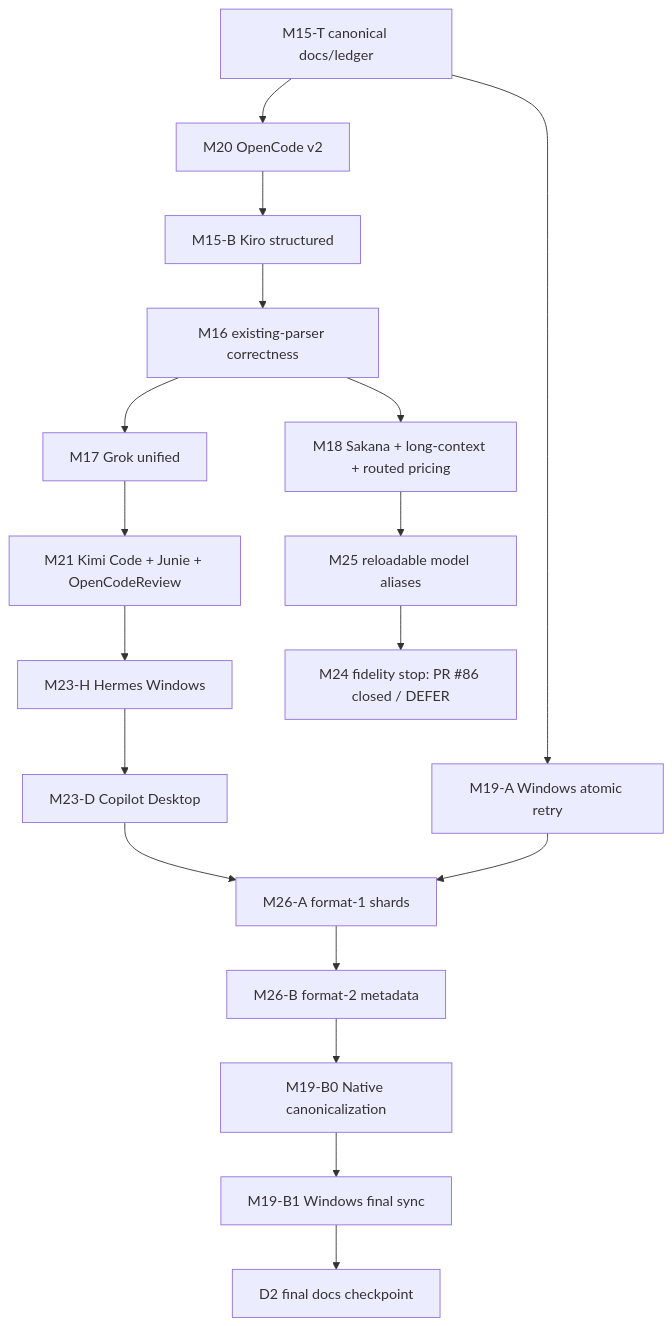
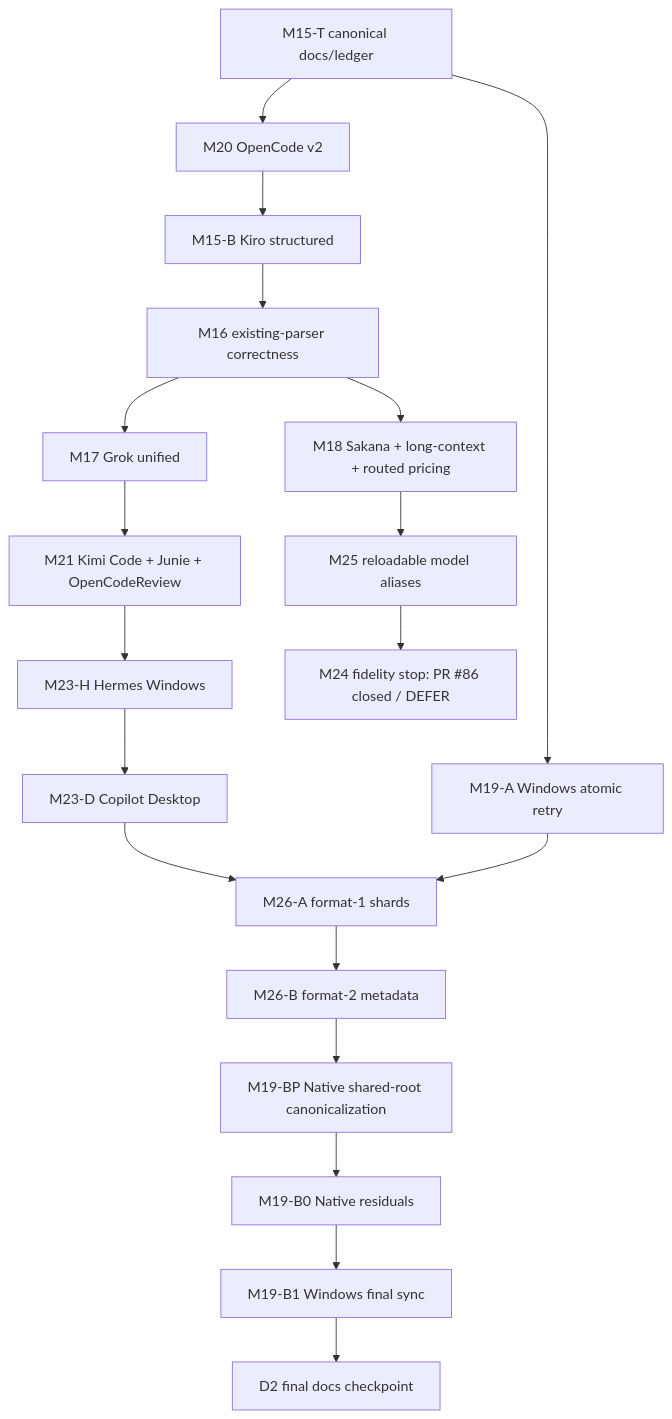
The first of 2 diagrams in docs/knowledge/plans/tokscale-alignment.md (Nanako0129/TokenBar), drawn with Mermaid before and after one commit. The commit also changed other lines of this file and 11 other files, not shown here.

````diff
--- a/docs/knowledge/plans/tokscale-alignment.md
+++ b/docs/knowledge/plans/tokscale-alignment.md
@@ -78,24 +78,25 @@
 ```mermaid
 flowchart TD
     T[M15-T canonical docs/ledger] --> O[M20 OpenCode v2]
     O --> K[M15-B Kiro structured]
     K --> C[M16 existing-parser correctness]
 
     C --> G[M17 Grok unified]
     G --> N1[M21 Kimi Code + Junie + OpenCodeReview]
     N1 --> H[M23-H Hermes Windows]
     H --> D[M23-D Copilot Desktop]
 
     C --> P[M18 Sakana + long-context + routed pricing]
     P --> A[M25 reloadable model aliases]
     A --> W[M24 fidelity stop: PR #86 closed / DEFER]
 
     T --> F[M19-A Windows atomic retry]
 
     D --> SA[M26-A format-1 shards]
     F --> SA
     SA --> SB[M26-B format-2 metadata]
-    SB --> W0[M19-B0 Native canonicalization]
+    SB --> BP[M19-BP Native shared-root canonicalization]
+    BP --> W0[M19-B0 Native residuals]
     W0 --> W1[M19-B1 Windows final sync]
     W1 --> D2[D2 final docs checkpoint]
 ```
````
